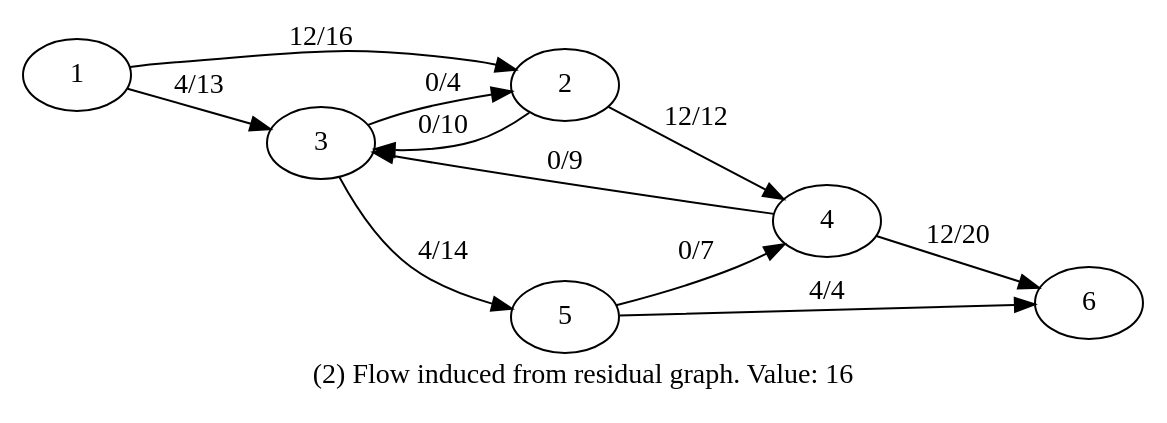
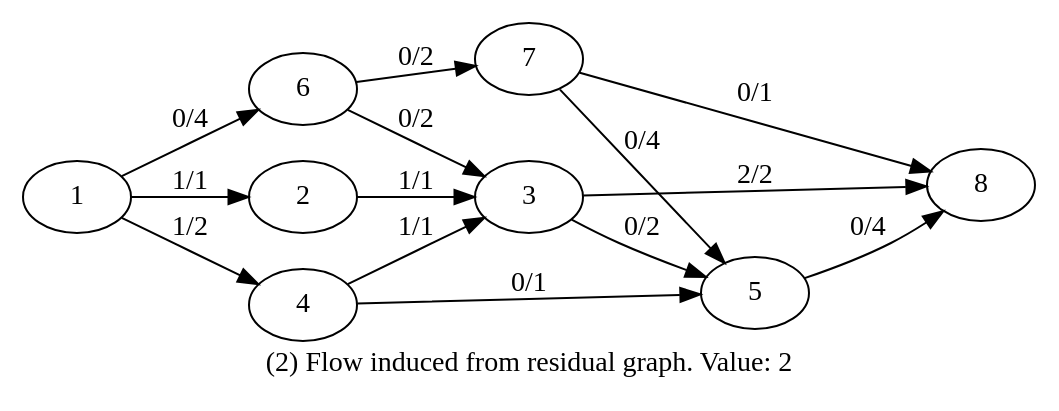
One commit to maryamass/Graph changed the diagram in output_flow2.gv. Above: the diagram before and after it, drawn with Graphviz. The commit also changed 15 other files, not shown here.

Commit message:
function to test a flow added

```diff
--- a/output_flow2.gv
+++ b/output_flow2.gv
@@ -1,14 +1,17 @@
 digraph flow2 {
   rankdir="LR"
-  label="(2) Flow induced from residual graph. Value: 16"
-  1 -> 3 [label="4/13", len=13];
-  2 -> 4 [label="12/12", len=12];
-  4 -> 3 [label="0/9", len=9];
-  5 -> 4 [label="0/7", len=7];
-  1 -> 2 [label="12/16", len=16];
-  2 -> 3 [label="0/10", len=10];
-  5 -> 6 [label="4/4", len=4];
-  3 -> 2 [label="0/4", len=4];
-  3 -> 5 [label="4/14", len=14];
-  4 -> 6 [label="12/20", len=20];
+  label="(2) Flow induced from residual graph. Value: 2"
+  6 -> 3 [label="0/2", len=2];
+  7 -> 5 [label="0/4", len=4];
+  4 -> 3 [label="1/1", len=1];
+  1 -> 6 [label="0/4", len=4];
+  3 -> 8 [label="2/2", len=2];
+  1 -> 4 [label="1/2", len=2];
+  1 -> 2 [label="1/1", len=1];
+  3 -> 5 [label="0/2", len=2];
+  2 -> 3 [label="1/1", len=1];
+  4 -> 5 [label="0/1", len=1];
+  6 -> 7 [label="0/2", len=2];
+  7 -> 8 [label="0/1", len=1];
+  5 -> 8 [label="0/4", len=4];
 }
```
